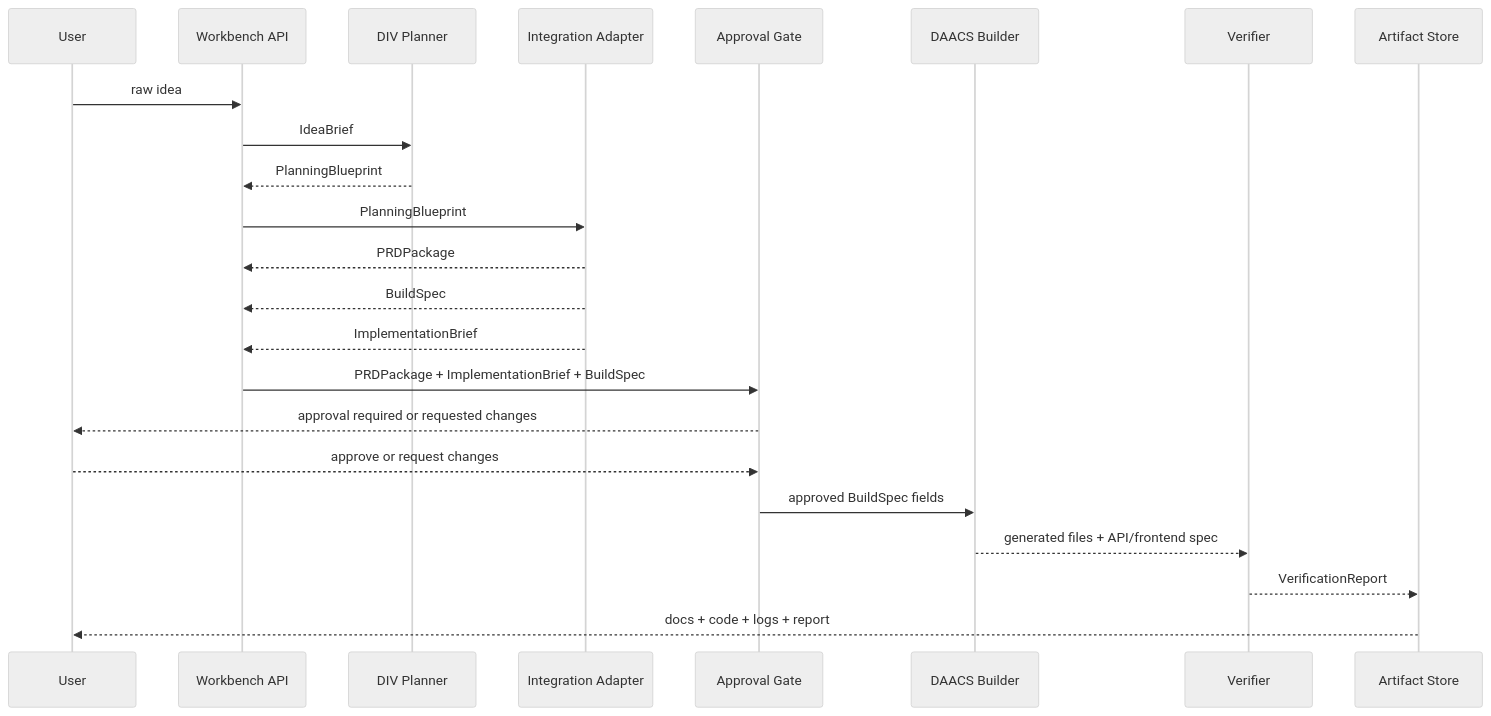
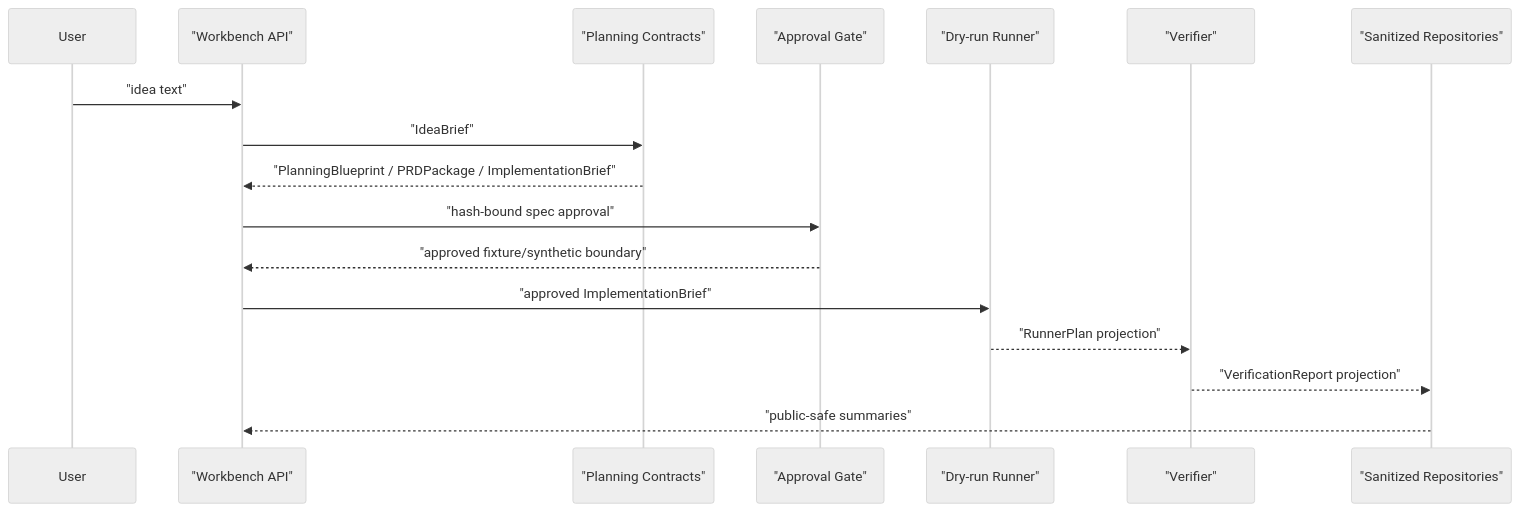
Before and after one commit to figure-2/Agentic-Workbench: the diagram in docs/architecture.md, drawn with Mermaid (neutral theme). The commit also changed other lines of this file and 10 other files, not shown here.

````diff
--- a/docs/architecture.md
+++ b/docs/architecture.md
@@ -31,26 +36,20 @@
 ```mermaid
 sequenceDiagram
     participant User
-    participant API as Workbench API
-    participant DIV as DIV Planner
-    participant Adapter as Integration Adapter
-    participant Gate as Approval Gate
-    participant DAACS as DAACS Builder
-    participant Verify as Verifier
-    participant Store as Artifact Store
+    participant API as "Workbench API"
+    participant Planner as "Planning Contracts"
+    participant Gate as "Approval Gate"
+    participant Runner as "Dry-run Runner"
+    participant Verify as "Verifier"
+    participant Repo as "Sanitized Repositories"
 
-    User->>API: raw idea
-    API->>DIV: IdeaBrief
-    DIV-->>API: PlanningBlueprint
-    API->>Adapter: PlanningBlueprint
-    Adapter-->>API: PRDPackage
-    Adapter-->>API: BuildSpec
-    Adapter-->>API: ImplementationBrief
-    API->>Gate: PRDPackage + ImplementationBrief + BuildSpec
-    Gate-->>User: approval required or requested changes
-    User-->>Gate: approve or request changes
-    Gate->>DAACS: approved BuildSpec fields
-    DAACS-->>Verify: generated files + API/frontend spec
-    Verify-->>Store: VerificationReport
-    Store-->>User: docs + code + logs + report
+    User->>API: "idea text"
+    API->>Planner: "IdeaBrief"
+    Planner-->>API: "PlanningBlueprint / PRDPackage / ImplementationBrief"
+    API->>Gate: "hash-bound spec approval"
+    Gate-->>API: "approved fixture/synthetic boundary"
+    API->>Runner: "approved ImplementationBrief"
+    Runner-->>Verify: "RunnerPlan projection"
+    Verify-->>Repo: "VerificationReport projection"
+    Repo-->>API: "public-safe summaries"
 ```
````
